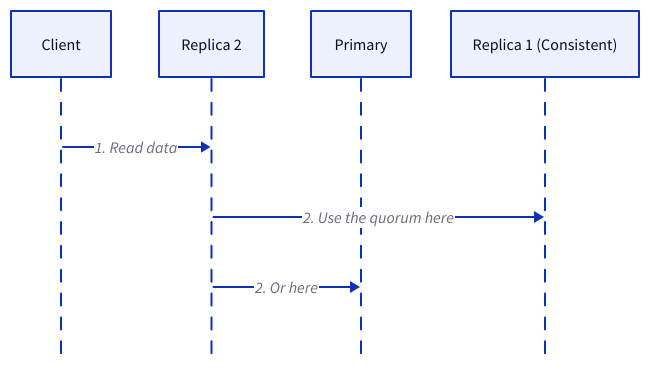
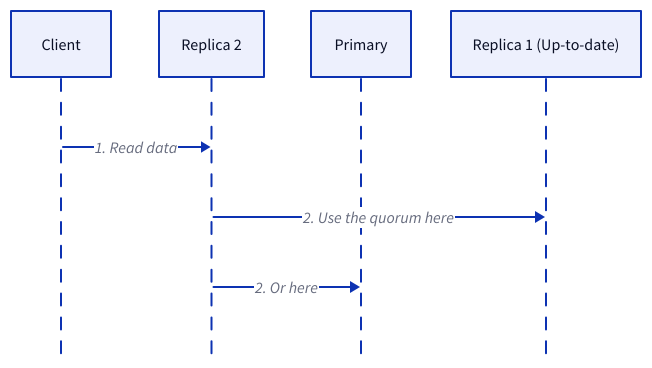
One commit to link1905/system-design-101 changed the ninth of 12 diagrams in content/docs/data-persistence/distributed-database/_index.md. Above: the diagram before and after it, drawn with D2. The commit also changed other lines of this file and 49 other files, not shown here.

````diff
--- a/content/docs/data-persistence/distributed-database/_index.md
+++ b/content/docs/data-persistence/distributed-database/_index.md
@@ -287,19 +289,19 @@
 ```d2
 shape: sequence_diagram
 client: Client {
 
     class: client
 }
 r2: Replica 2 {
     class: db
 }
 w: Primary {
     class: db
 }
-r1: Replica 1 (Consistent) {
+r1: Replica 1 (Up-to-date) {
     class: db
 }
 client -> r2: 1. Read data
 r2 -> r1: 2. Use the quorum here
 r2 -> w: 2. Or here
 ```
````
